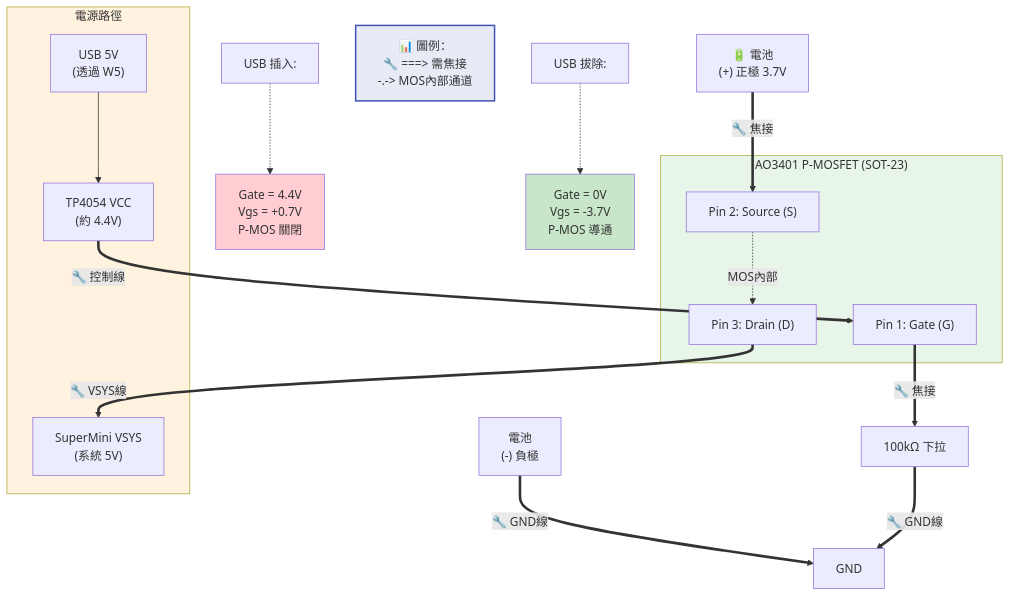
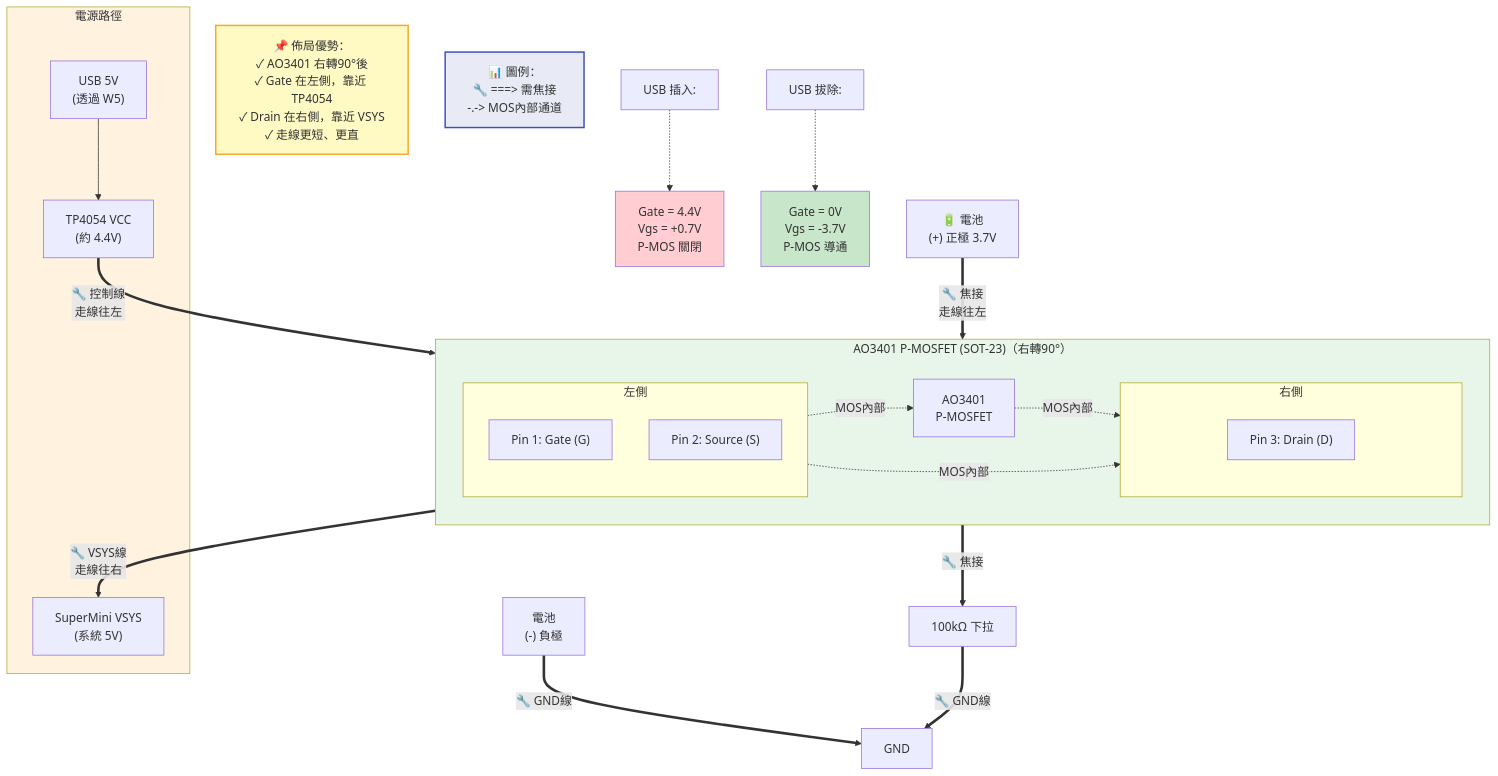
Before and after one commit to DanielYJHsieh/esp32c3: the fifth of 7 diagrams in battery_management/hardware/WIRING_DIAGRAM.md, drawn with Mermaid. The commit also changed other lines of this file, not shown here.

Commit message:
優化電池管理佈局說明：添加 mermaid 物理佈局圖，展示 TP4054(Pin5/4上 Pin1/2/3下) 和 AO3401(右轉90度) 的優化配置

````diff
--- a/battery_management/hardware/WIRING_DIAGRAM.md
+++ b/battery_management/hardware/WIRING_DIAGRAM.md
@@ -358,35 +515,56 @@
 ```mermaid
 graph TB
     subgraph POWER_PATH["電源路徑"]
         USB5V["USB 5V<br/>(透過 W5)"] 
         TP4054_VCC["TP4054 VCC<br/>(約 4.4V)"]
         VSYS["SuperMini VSYS<br/>(系統 5V)"]
     end
     
-    subgraph AO3401["AO3401 P-MOSFET (SOT-23)"]
-        GATE["Pin 1: Gate (G)"]
-        SOURCE["Pin 2: Source (S)"]
-        DRAIN["Pin 3: Drain (D)"]
+    subgraph AO3401["AO3401 P-MOSFET (SOT-23)（右轉90°）"]
+        direction LR
+        
+        subgraph LEFT_SIDE["左側"]
+            direction TB
+            GATE["Pin 1: Gate (G)"]
+            SOURCE["Pin 2: Source (S)"]
+        end
+        
+        IC_BODY_MOS["AO3401<br/>P-MOSFET"]
+        
+        subgraph RIGHT_SIDE["右側"]
+            direction TB
+            SPACE[" "]
+            DRAIN["Pin 3: Drain (D)"]
+            SPACE2[" "]
+        end
+        
+        LEFT_SIDE -.->|MOS內部| IC_BODY_MOS
+        IC_BODY_MOS -.->|MOS內部| RIGHT_SIDE
+        
+        style SPACE fill:none,stroke:none
+        style SPACE2 fill:none,stroke:none
     end
     
-    BAT_P["🔋 電池<br/>(+) 正極 3.7V"] ==>|"🔧 焦接"| SOURCE
+    BAT_P["🔋 電池<br/>(+) 正極 3.7V"] ==>|"🔧 焦接<br/>走線往左"| SOURCE
     BAT_N["電池<br/>(-) 負極"] ==>|"🔧 GND線"| GND2
     SOURCE -.->|MOS內部| DRAIN
-    DRAIN ==>|"🔧 VSYS線"| VSYS
+    DRAIN ==>|"🔧 VSYS線<br/>走線往右"| VSYS
     
     USB5V --> TP4054_VCC
-    TP4054_VCC ==>|"🔧 控制線"| GATE
+    TP4054_VCC ==>|"🔧 控制線<br/>走線往左"| GATE
     GATE ==>|"🔧 焦接"| R_GATE["100kΩ 下拉"]
     R_GATE ==>|"🔧 GND線"| GND2["GND"]
     
     USB_ON["USB 插入:"] -.-> STATE1["Gate = 4.4V<br/>Vgs = +0.7V<br/>P-MOS 關閉"]
     USB_OFF["USB 拔除:"] -.-> STATE2["Gate = 0V<br/>Vgs = -3.7V<br/>P-MOS 導通"]
     
+    LAYOUT_NOTE["📌 佈局優勢：<br/>✓ AO3401 右轉90°後<br/>✓ Gate 在左側，靠近 TP4054<br/>✓ Drain 在右側，靠近 VSYS<br/>✓ 走線更短、更直"]:::noteStyle
     LEGEND["📊 圖例：<br/>🔧 ===> 需焦接<br/>-.-> MOS內部通道"]:::legendStyle
     
     classDef legendStyle fill:#e8eaf6,stroke:#3f51b5,stroke-width:2px
+    classDef noteStyle fill:#fff9c4,stroke:#f9a825,stroke-width:2px
     style AO3401 fill:#e8f5e9
     style POWER_PATH fill:#fff3e0
     style STATE1 fill:#ffcdd2
     style STATE2 fill:#c8e6c9
 ```
````
